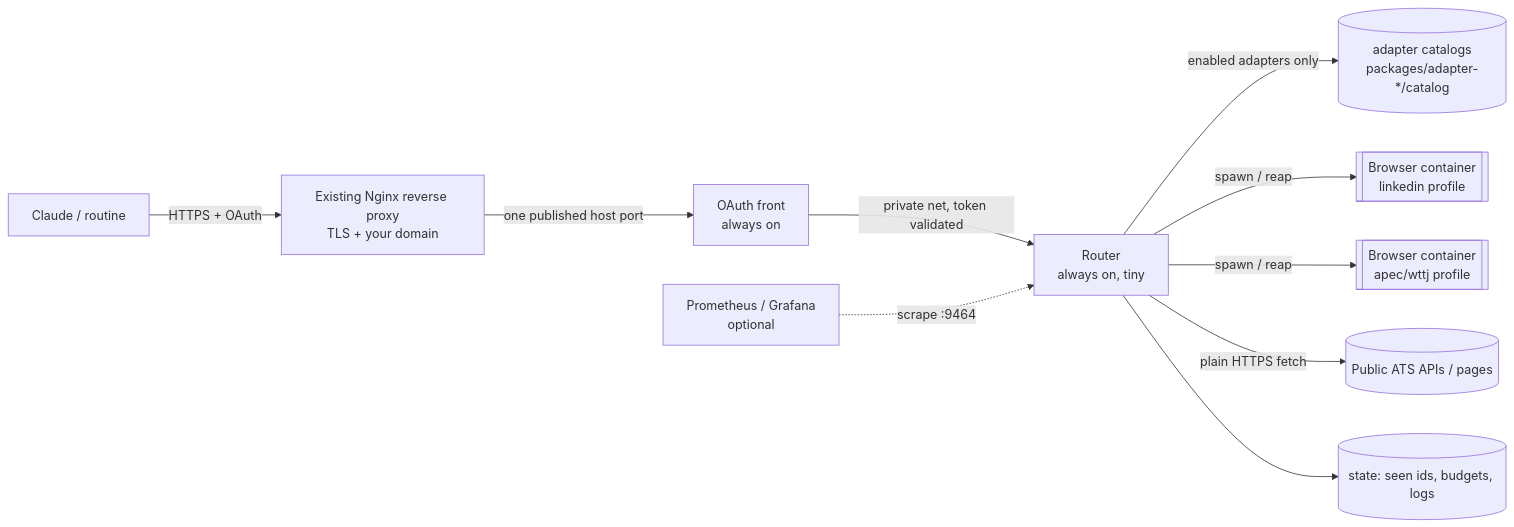
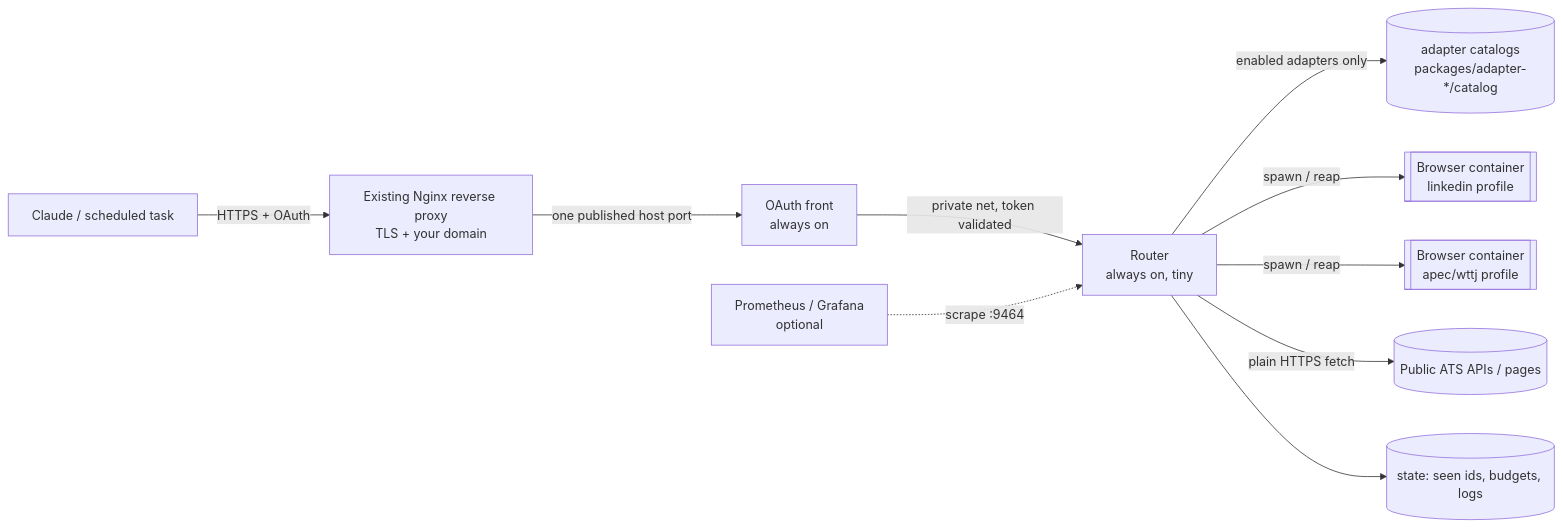
One commit to notcheu/jobwatch-mcp changed the diagram in docs/plans/00-overview.md. Above: the diagram before and after it, drawn with Mermaid. The commit also changed other lines of this file and 36 other files, not shown here.

````diff
--- a/docs/plans/00-overview.md
+++ b/docs/plans/00-overview.md
@@ -32,12 +32,12 @@
 ```mermaid
 flowchart LR
-  C[Claude / routine] -- HTTPS + OAuth --> T[Existing Nginx reverse proxy<br/>TLS + your domain]
+  C[Claude / scheduled task] -- HTTPS + OAuth --> T[Existing Nginx reverse proxy<br/>TLS + your domain]
   T -- "one published host port" --> A[OAuth front<br/>always on]
   A -- private net, token validated --> R[Router<br/>always on, tiny]
   R -- enabled adapters only --> K[(adapter catalogs<br/>packages/adapter-*/catalog)]
   R -- spawn / reap --> B1[[Browser container<br/>linkedin profile]]
   R -- spawn / reap --> B2[[Browser container<br/>apec/wttj profile]]
   R -- plain HTTPS fetch --> W[(Public ATS APIs / pages)]
   R --> S[(state: seen ids, budgets, logs)]
   P[Prometheus / Grafana<br/>optional] -. scrape :9464 .-> R
 ```
````
